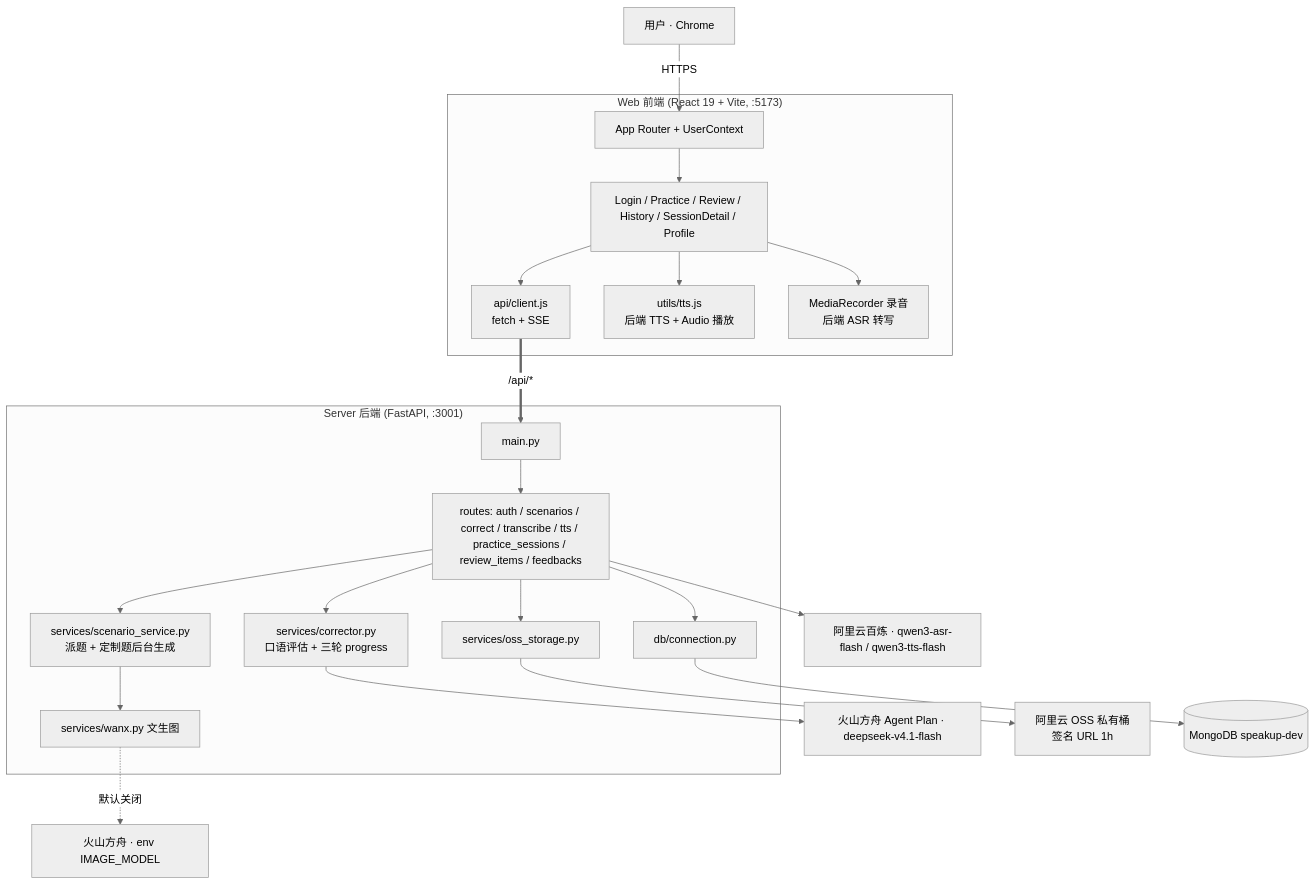
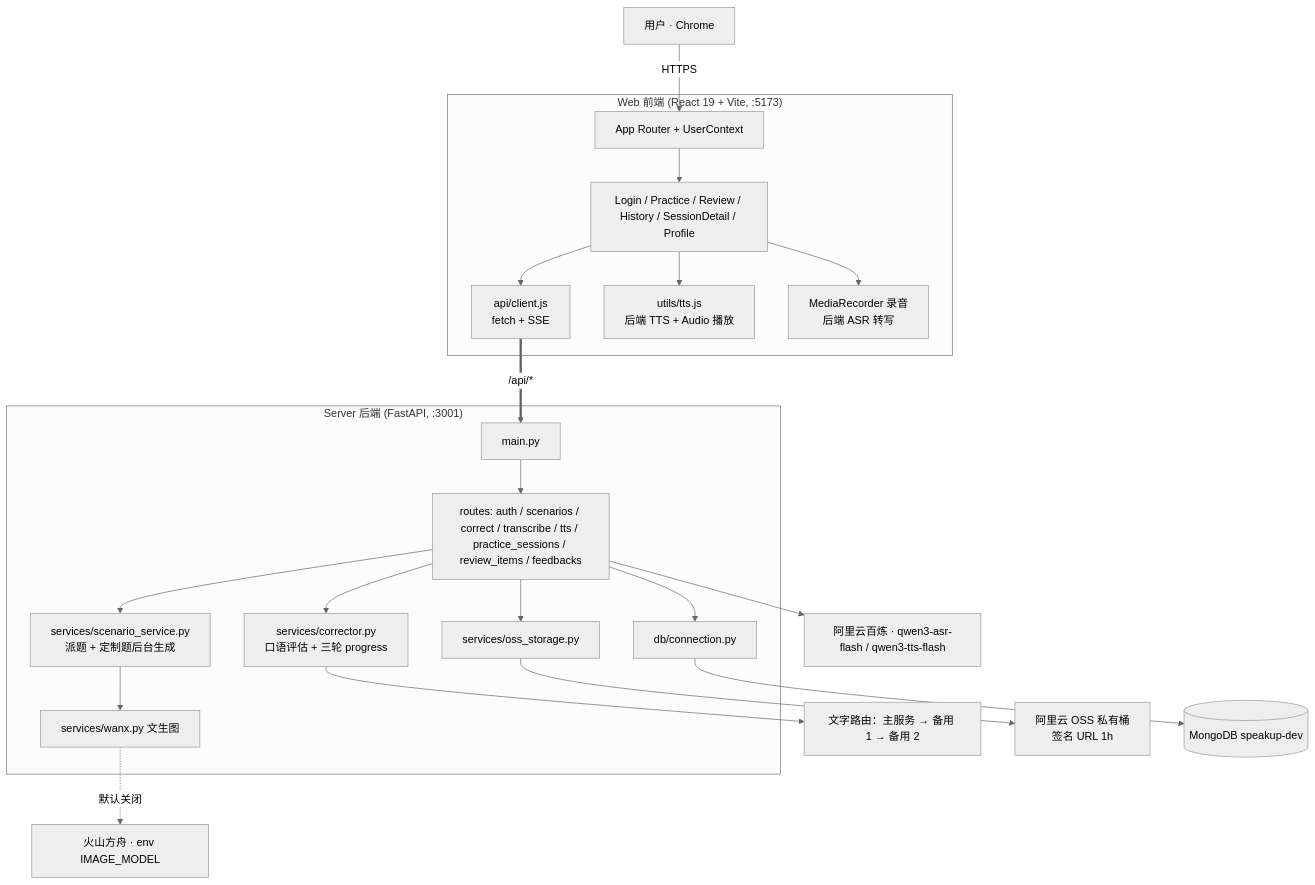
Before and after one commit to makewheels/speakup: the first of 2 diagrams in docs/README.md, drawn with Mermaid (neutral theme). The commit also changed 28 other files, not shown here.

````diff
--- a/docs/README.md
+++ b/docs/README.md
@@ -47,28 +47,28 @@
 ```mermaid
 graph TB
     User[用户 · Chrome] -->|HTTPS| Web
 
     subgraph "Web 前端 (React 19 + Vite, :5173)"
         Web[App Router + UserContext] --> Pages[Login / Practice / Review / History / SessionDetail / Profile]
         Pages --> Client[api/client.js<br/>fetch + SSE]
         Pages --> TTS[utils/tts.js<br/>后端 TTS + Audio 播放]
         Pages --> SR[MediaRecorder 录音<br/>后端 ASR 转写]
     end
 
     Client ==>|/api/*| API
 
     subgraph "Server 后端 (FastAPI, :3001)"
         API[main.py] --> R[routes: auth / scenarios / correct / transcribe / tts / practice_sessions / review_items / feedbacks]
         R --> Corrector[services/corrector.py<br/>口语评估 + 三轮 progress]
         R --> Scen[services/scenario_service.py<br/>派题 + 定制题后台生成]
         Scen --> Wanx[services/wanx.py 文生图]
         R --> OSS[services/oss_storage.py]
         R --> DB[db/connection.py]
     end
 
-    Corrector --> ChatModel[火山方舟 Agent Plan · deepseek-v4.1-flash]
+    Corrector --> ChatModel[文字路由：主服务 → 备用 1 → 备用 2]
     R --> Voice[阿里云百炼 · qwen3-asr-flash / qwen3-tts-flash]
     Wanx -.默认关闭.-> Seedream[火山方舟 · env IMAGE_MODEL]
     OSS --> Aliyun[阿里云 OSS 私有桶<br/>签名 URL 1h]
     DB --> Mongo[(MongoDB speakup-dev)]
 ```
````
